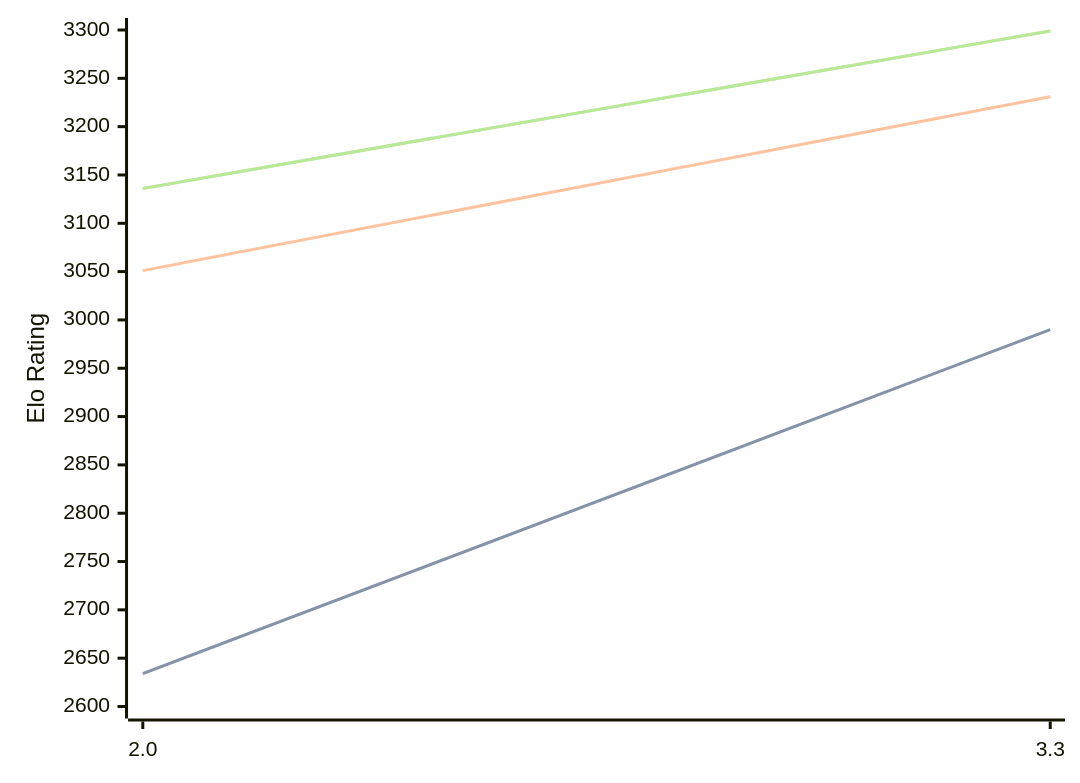
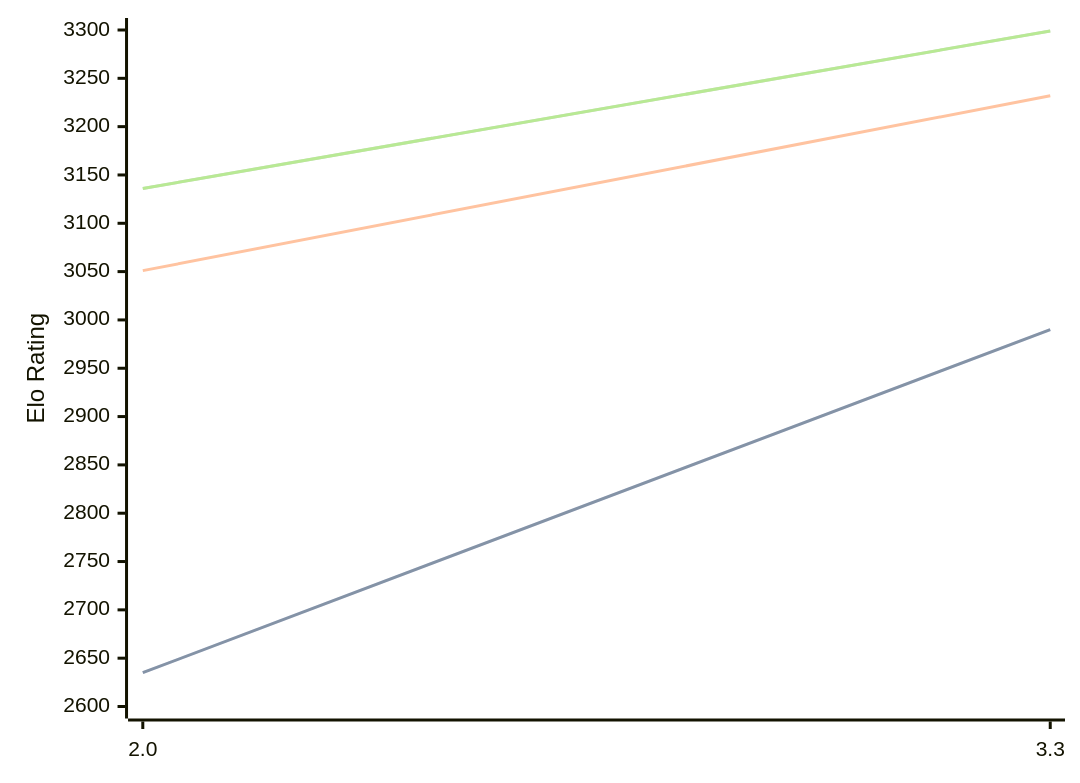
Before and after one commit to computer-chess-index/cci: the diagram in engines/Ceylondemon.md, drawn with Mermaid. The commit also changed other lines of this file, not shown here.

````diff
--- a/engines/Ceylondemon.md
+++ b/engines/Ceylondemon.md
@@ -32,11 +32,11 @@
 ```mermaid
 %%{init: {"theme":"base","themeVariables":{"seriesColors:['#a3a3a3','#222221','#faa371']}}}%%
 xychart-beta
   x-axis ["2.0", "3.3"]
   y-axis "Elo Rating" 2600 --> 3300
-  line "" [2634, 2990]
-  line "STC (8.0+0.08s)" [2634, 2990]
-  line "LTC (60.0+0.60s)" [3051, 3231]
+  line "" [2635, 2990]
+  line "STC (8.0+0.08s)" [2635, 2990]
+  line "LTC (60.0+0.60s)" [3051, 3232]
   line "" [3136, 3299]
   line "VLTC (2m24s+1.12s)" [3136, 3299]
 ```
````
